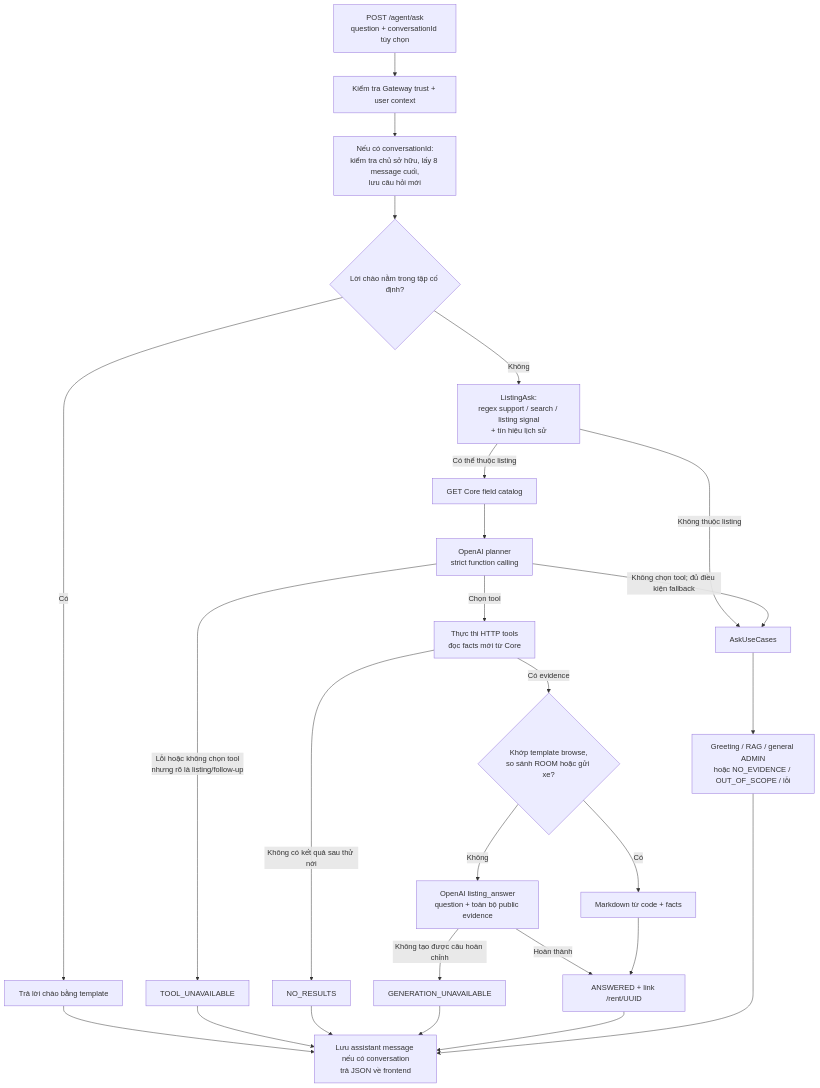
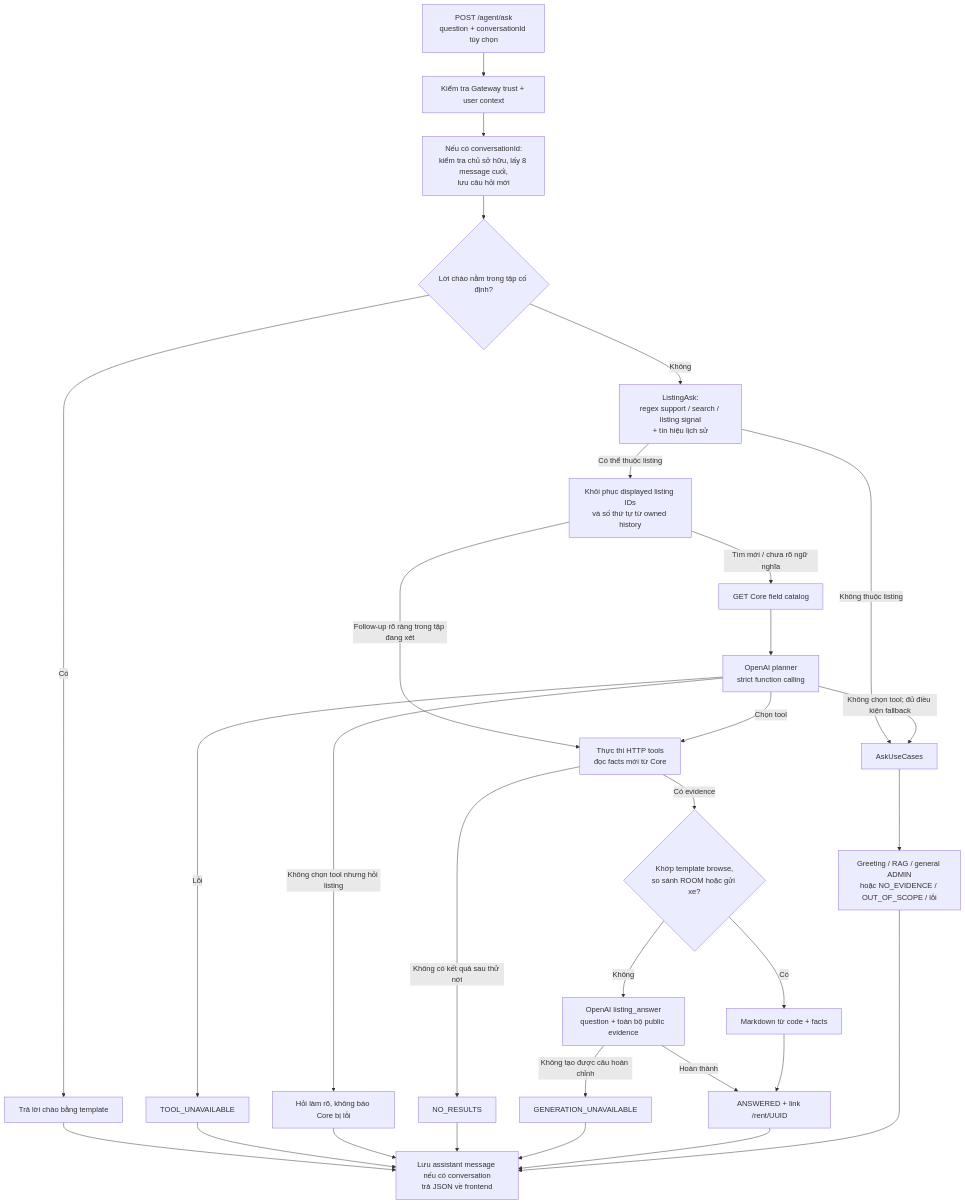
Before and after one commit to homespace-platform/hs-ai-service: the second of 5 diagrams in SCHEMA-SYSTEM.md, drawn with Mermaid. The commit also changed other lines of this file and 14 other files, not shown here.

Commit message:
feat: enhance listing context management in agent ask API, enabling follow-up queries with preserved displayed IDs and improved error handling for tool selection

````diff
--- a/SCHEMA-SYSTEM.md
+++ b/SCHEMA-SYSTEM.md
@@ -57,28 +57,32 @@
 ```mermaid
 flowchart TD
     Q["POST /agent/ask<br/>question + conversationId tùy chọn"] --> Auth["Kiểm tra Gateway trust + user context"]
     Auth --> History["Nếu có conversationId:<br/>kiểm tra chủ sở hữu, lấy 8 message cuối,<br/>lưu câu hỏi mới"]
     History --> Greeting{"Lời chào nằm trong tập cố định?"}
     Greeting -->|"Có"| Fixed["Trả lời chào bằng template"]
     Greeting -->|"Không"| Gate["ListingAsk:<br/>regex support / search / listing signal<br/>+ tín hiệu lịch sử"]
     Gate -->|"Không thuộc listing"| Knowledge["AskUseCases"]
-    Gate -->|"Có thể thuộc listing"| Catalog["GET Core field catalog"]
+    Gate -->|"Có thể thuộc listing"| Scope["Khôi phục displayed listing IDs<br/>và số thứ tự từ owned history"]
+    Scope -->|"Follow-up rõ ràng trong tập đang xét"| Execute
+    Scope -->|"Tìm mới / chưa rõ ngữ nghĩa"| Catalog["GET Core field catalog"]
     Catalog --> Planner["OpenAI planner<br/>strict function calling"]
     Planner -->|"Chọn tool"| Execute["Thực thi HTTP tools<br/>đọc facts mới từ Core"]
     Planner -->|"Không chọn tool; đủ điều kiện fallback"| Knowledge
-    Planner -->|"Lỗi hoặc không chọn tool<br/>nhưng rõ là listing/follow-up"| TU["TOOL_UNAVAILABLE"]
+    Planner -->|"Lỗi"| TU["TOOL_UNAVAILABLE"]
+    Planner -->|"Không chọn tool nhưng hỏi listing"| Clarify["Hỏi làm rõ, không báo Core bị lỗi"]
     Execute -->|"Không có kết quả sau thử nới"| NR["NO_RESULTS"]
     Execute -->|"Có evidence"| Template{"Khớp template browse,<br/>so sánh ROOM hoặc gửi xe?"}
     Template -->|"Có"| Direct["Markdown từ code + facts"]
     Template -->|"Không"| Generate["OpenAI listing_answer<br/>question + toàn bộ public evidence"]
     Generate -->|"Không tạo được câu hoàn chỉnh"| GU["GENERATION_UNAVAILABLE"]
     Generate -->|"Hoàn thành"| Answer["ANSWERED + link /rent/UUID"]
     Direct --> Answer
     Knowledge --> KR["Greeting / RAG / general ADMIN<br/>hoặc NO_EVIDENCE / OUT_OF_SCOPE / lỗi"]
     Fixed --> Save["Lưu assistant message nếu có conversation<br/>trả JSON về frontend"]
     TU --> Save
+    Clarify --> Save
     NR --> Save
     GU --> Save
     Answer --> Save
     KR --> Save
 ```
````
